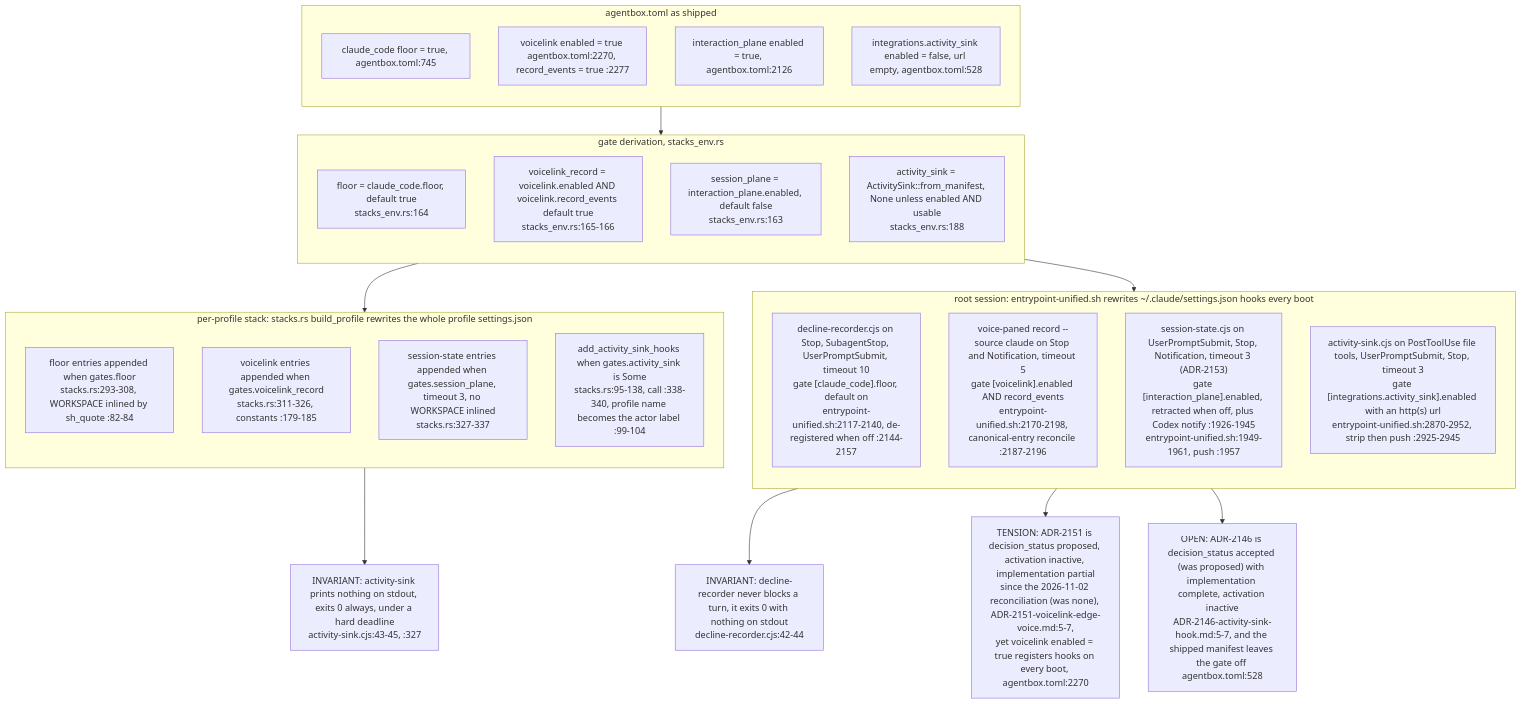
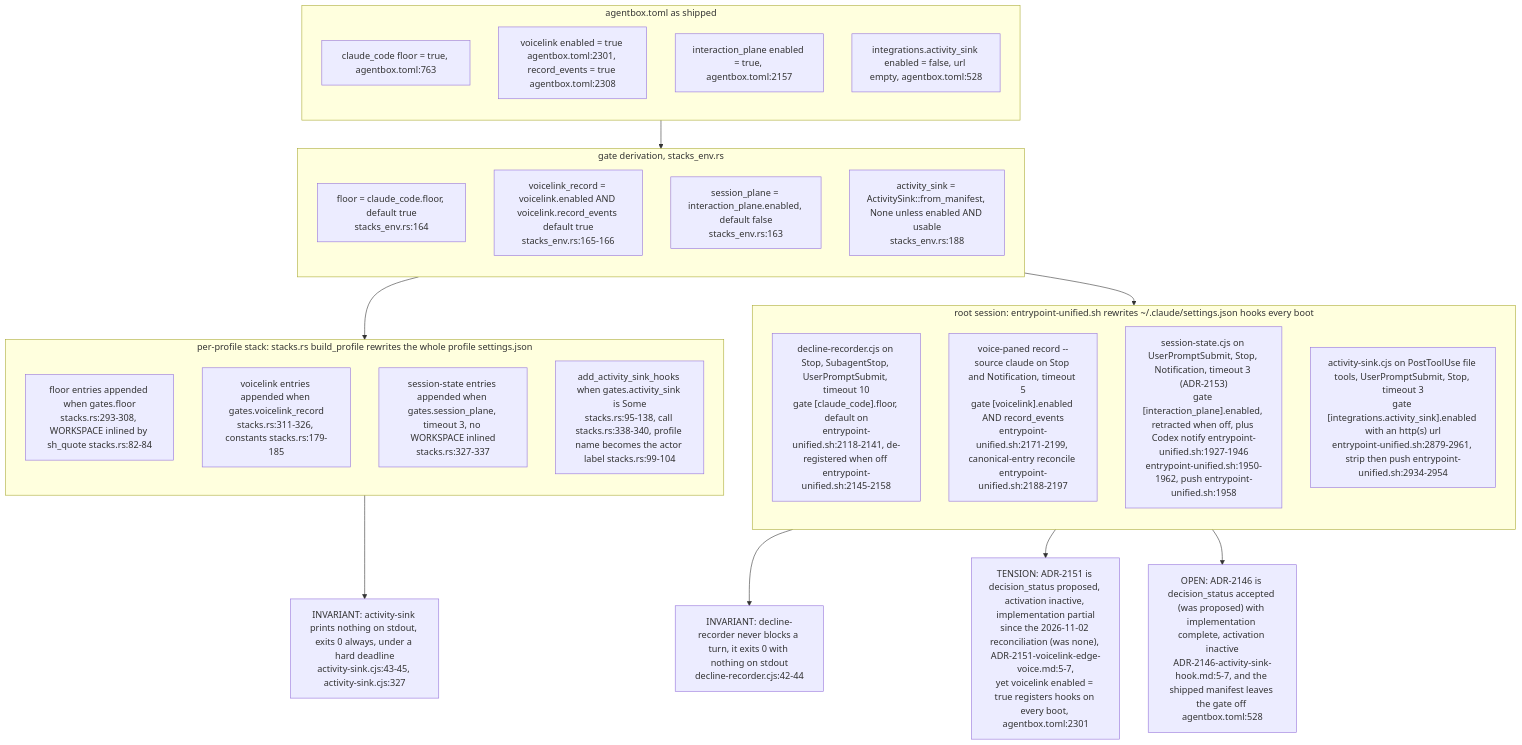
Diagram 13 of 13 in docs/diagrams/agentbox/08-hooks-pipeline.md (DreamLab-AI/VisionFlow), drawn with Mermaid before and after one commit. The commit also changed other lines of this file and 6 other files, not shown here.

````diff
--- a/docs/diagrams/agentbox/08-hooks-pipeline.md
+++ b/docs/diagrams/agentbox/08-hooks-pipeline.md
@@ -594,41 +594,41 @@
 ```mermaid
 flowchart TB
     subgraph ROOT["root session: entrypoint-unified.sh rewrites ~/.claude/settings.json hooks every boot"]
     direction TB
-    R1["decline-recorder.cjs on Stop, SubagentStop, UserPromptSubmit, timeout 10<br/>gate [claude_code].floor, default on<br/>entrypoint-unified.sh:2117-2140, de-registered when off :2144-2157"]
-    R2["voice-paned record --source claude on Stop and Notification, timeout 5<br/>gate [voicelink].enabled AND record_events<br/>entrypoint-unified.sh:2170-2198, canonical-entry reconcile :2187-2196"]
-    R4["session-state.cjs on UserPromptSubmit, Stop, Notification, timeout 3 (ADR-2153)<br/>gate [interaction_plane].enabled, retracted when off, plus Codex notify :1926-1945<br/>entrypoint-unified.sh:1949-1961, push :1957"]
-    R3["activity-sink.cjs on PostToolUse file tools, UserPromptSubmit, Stop, timeout 3<br/>gate [integrations.activity_sink].enabled with an http(s) url<br/>entrypoint-unified.sh:2870-2952, strip then push :2925-2945"]
+    R1["decline-recorder.cjs on Stop, SubagentStop, UserPromptSubmit, timeout 10<br/>gate [claude_code].floor, default on<br/>entrypoint-unified.sh:2118-2141, de-registered when off entrypoint-unified.sh:2145-2158"]
+    R2["voice-paned record --source claude on Stop and Notification, timeout 5<br/>gate [voicelink].enabled AND record_events<br/>entrypoint-unified.sh:2171-2199, canonical-entry reconcile entrypoint-unified.sh:2188-2197"]
+    R4["session-state.cjs on UserPromptSubmit, Stop, Notification, timeout 3 (ADR-2153)<br/>gate [interaction_plane].enabled, retracted when off, plus Codex notify entrypoint-unified.sh:1927-1946<br/>entrypoint-unified.sh:1950-1962, push entrypoint-unified.sh:1958"]
+    R3["activity-sink.cjs on PostToolUse file tools, UserPromptSubmit, Stop, timeout 3<br/>gate [integrations.activity_sink].enabled with an http(s) url<br/>entrypoint-unified.sh:2879-2961, strip then push entrypoint-unified.sh:2934-2954"]
     end
     subgraph PROF["per-profile stack: stacks.rs build_profile rewrites the whole profile settings.json"]
     direction TB
-    P1["floor entries appended when gates.floor<br/>stacks.rs:293-308, WORKSPACE inlined by sh_quote :82-84"]
-    P2["voicelink entries appended when gates.voicelink_record<br/>stacks.rs:311-326, constants :179-185"]
+    P1["floor entries appended when gates.floor<br/>stacks.rs:293-308, WORKSPACE inlined by sh_quote stacks.rs:82-84"]
+    P2["voicelink entries appended when gates.voicelink_record<br/>stacks.rs:311-326, constants stacks.rs:179-185"]
     P4["session-state entries appended when gates.session_plane, timeout 3, no WORKSPACE inlined<br/>stacks.rs:327-337"]
-    P3["add_activity_sink_hooks when gates.activity_sink is Some<br/>stacks.rs:95-138, call :338-340, profile name becomes the actor label :99-104"]
+    P3["add_activity_sink_hooks when gates.activity_sink is Some<br/>stacks.rs:95-138, call stacks.rs:338-340, profile name becomes the actor label stacks.rs:99-104"]
     end
     subgraph GATE["gate derivation, stacks_env.rs"]
     direction TB
     G1["floor = claude_code.floor, default true<br/>stacks_env.rs:164"]
     G2["voicelink_record = voicelink.enabled AND voicelink.record_events default true<br/>stacks_env.rs:165-166"]
     G4["session_plane = interaction_plane.enabled, default false<br/>stacks_env.rs:163"]
     G3["activity_sink = ActivitySink::from_manifest, None unless enabled AND usable<br/>stacks_env.rs:188"]
     end
     subgraph MAN["agentbox.toml as shipped"]
     direction TB
-    M1["claude_code floor = true, agentbox.toml:745"]
-    M2["voicelink enabled = true agentbox.toml:2270, record_events = true :2277"]
-    M4["interaction_plane enabled = true, agentbox.toml:2126"]
+    M1["claude_code floor = true, agentbox.toml:763"]
+    M2["voicelink enabled = true agentbox.toml:2301, record_events = true agentbox.toml:2308"]
+    M4["interaction_plane enabled = true, agentbox.toml:2157"]
     M3["integrations.activity_sink enabled = false, url empty, agentbox.toml:528"]
     end
     MAN --> GATE --> PROF
     GATE --> ROOT
     NOTE1["INVARIANT: decline-recorder never blocks a turn, it exits 0 with nothing on stdout<br/>decline-recorder.cjs:42-44"]
-    NOTE2["INVARIANT: activity-sink prints nothing on stdout, exits 0 always, under a hard deadline<br/>activity-sink.cjs:43-45, :327"]
-    NOTE3["TENSION: ADR-2151 is decision_status proposed, activation inactive, implementation partial<br/>since the 2026-11-02 reconciliation (was none), ADR-2151-voicelink-edge-voice.md:5-7,<br/>yet voicelink enabled = true registers hooks on every boot, agentbox.toml:2270"]
+    NOTE2["INVARIANT: activity-sink prints nothing on stdout, exits 0 always, under a hard deadline<br/>activity-sink.cjs:43-45, activity-sink.cjs:327"]
+    NOTE3["TENSION: ADR-2151 is decision_status proposed, activation inactive, implementation partial<br/>since the 2026-11-02 reconciliation (was none), ADR-2151-voicelink-edge-voice.md:5-7,<br/>yet voicelink enabled = true registers hooks on every boot, agentbox.toml:2301"]
     NOTE4["OPEN: ADR-2146 is decision_status accepted (was proposed) with implementation complete, activation inactive<br/>ADR-2146-activity-sink-hook.md:5-7, and the shipped manifest leaves the gate off agentbox.toml:528"]
     ROOT --> NOTE1
     PROF --> NOTE2
     ROOT --> NOTE3
     ROOT --> NOTE4
 ```
````
